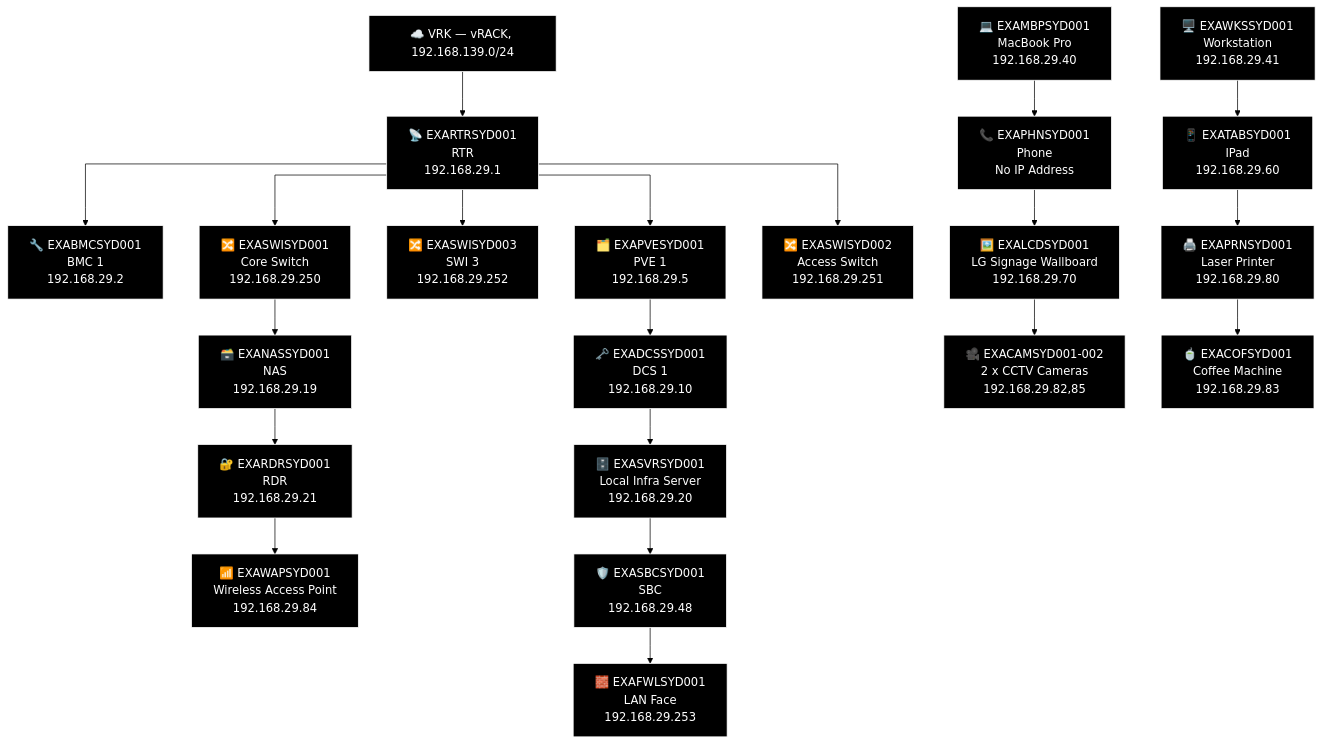
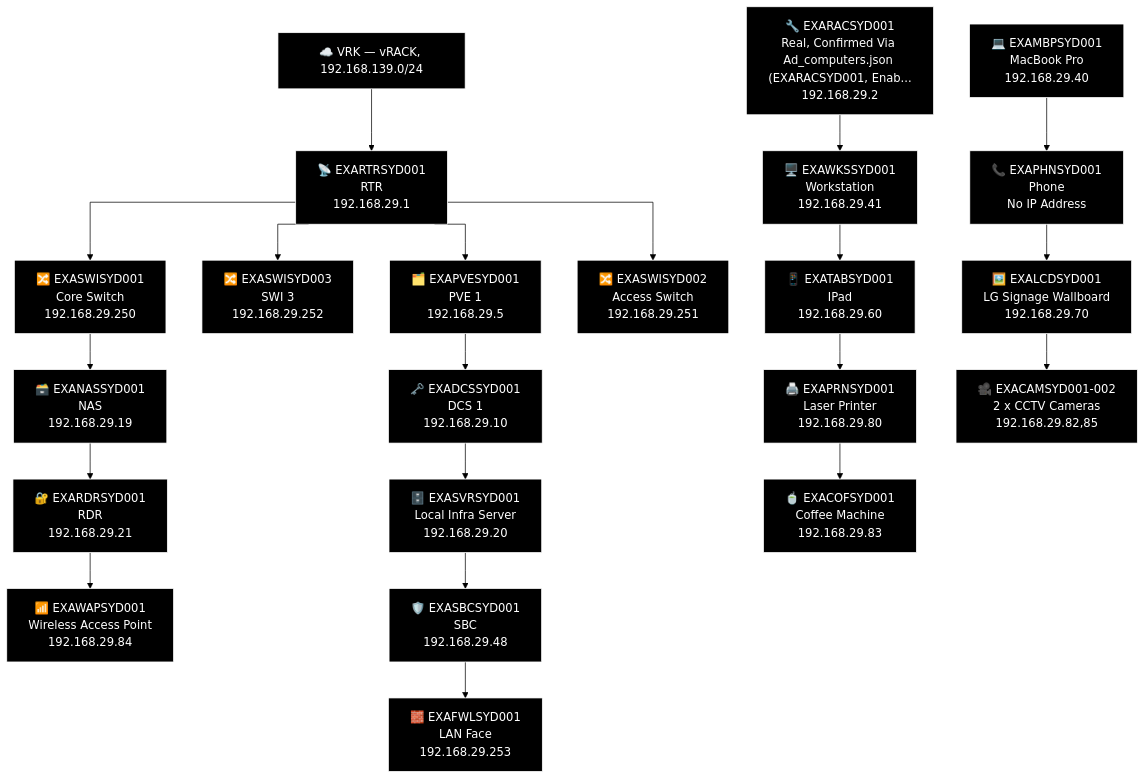
Before and after one commit to knightmare2600/example_music_infra: the third of 6 diagrams in docs/network-diagram/australia.md, drawn with Mermaid (forest theme). The commit also changed other lines of this file and 11 other files, not shown here.

````diff
--- a/docs/network-diagram/australia.md
+++ b/docs/network-diagram/australia.md
@@ -134,60 +134,59 @@
 ```mermaid
 %% GENERATED:TOPOLOGY:SYD:START
 %%{init: {'flowchart': {'curve': 'stepAfter'}}}%%
 graph TD
     T_VRK["☁️ VRK — vRACK, 192.168.139.0/24"]
     T_RTR["📡 EXARTRSYD001<br/>RTR<br/>192.168.29.1"]
     T_VRK --> T_RTR
-    T_BMC["🔧 EXABMCSYD001<br/>BMC 1<br/>192.168.29.2"]
-    T_RTR --> T_BMC
     T_PVE["🗂️ EXAPVESYD001<br/>PVE 1<br/>192.168.29.5"]
     T_RTR --> T_PVE
     T_SWI["🔀 EXASWISYD003<br/>SWI 3<br/>192.168.29.252"]
     T_RTR --> T_SWI
     T_SWI2["🔀 EXASWISYD001<br/>Core Switch<br/>192.168.29.250"]
     T_RTR --> T_SWI2
     T_SWI3["🔀 EXASWISYD002<br/>Access Switch<br/>192.168.29.251"]
     T_RTR --> T_SWI3
     T_NAS["🗃️ EXANASSYD001<br/>NAS<br/>192.168.29.19"]
     T_RDR["🔐 EXARDRSYD001<br/>RDR<br/>192.168.29.21"]
     T_WAP["📶 EXAWAPSYD001<br/>Wireless Access Point<br/>192.168.29.84"]
     T_SWI2 --> T_NAS --> T_RDR --> T_WAP
     T_DCS["🗝️ EXADCSSYD001<br/>DCS 1<br/>192.168.29.10"]
     T_SVR["🗄️ EXASVRSYD001<br/>Local Infra Server<br/>192.168.29.20"]
     T_SBC["🛡️ EXASBCSYD001<br/>SBC<br/>192.168.29.48"]
     T_FWL["🧱 EXAFWLSYD001<br/>LAN Face<br/>192.168.29.253"]
     T_PVE --> T_DCS --> T_SVR --> T_SBC --> T_FWL
+    T_RAC["🔧 EXARACSYD001<br/>Real, Confirmed Via Ad_computers.json (EXARACSYD001, Enab...<br/>192.168.29.2"]
     T_MBP["💻 EXAMBPSYD001<br/>MacBook Pro<br/>192.168.29.40"]
     T_WKS["🖥️ EXAWKSSYD001<br/>Workstation<br/>192.168.29.41"]
     T_PHN["📞 EXAPHNSYD001<br/>Phone<br/>No IP Address"]
     T_TAB["📱 EXATABSYD001<br/>IPad<br/>192.168.29.60"]
     T_LCD["🖼️ EXALCDSYD001<br/>LG Signage Wallboard<br/>192.168.29.70"]
     T_PRN["🖨️ EXAPRNSYD001<br/>Laser Printer<br/>192.168.29.80"]
     T_OTH_CAM["🎥 EXACAMSYD001-002<br/>2 x CCTV Cameras<br/>192.168.29.82,85"]
     T_COF["🍵 EXACOFSYD001<br/>Coffee Machine<br/>192.168.29.83"]
+    T_RAC --> T_WKS --> T_TAB --> T_PRN --> T_COF
     T_MBP --> T_PHN --> T_LCD --> T_OTH_CAM
-    T_WKS --> T_TAB --> T_PRN --> T_COF
     style T_VRK fill:#000000,stroke:#FFFFFF,color:#FFFFFF
     style T_RTR fill:#000000,stroke:#FFFFFF,color:#FFFFFF
-    style T_BMC fill:#000000,stroke:#FFFFFF,color:#FFFFFF
     style T_PVE fill:#000000,stroke:#FFFFFF,color:#FFFFFF
     style T_SWI fill:#000000,stroke:#FFFFFF,color:#FFFFFF
     style T_SWI2 fill:#000000,stroke:#FFFFFF,color:#FFFFFF
     style T_SWI3 fill:#000000,stroke:#FFFFFF,color:#FFFFFF
     style T_NAS fill:#000000,stroke:#FFFFFF,color:#FFFFFF
     style T_RDR fill:#000000,stroke:#FFFFFF,color:#FFFFFF
     style T_WAP fill:#000000,stroke:#FFFFFF,color:#FFFFFF
     style T_DCS fill:#000000,stroke:#FFFFFF,color:#FFFFFF
     style T_SVR fill:#000000,stroke:#FFFFFF,color:#FFFFFF
     style T_SBC fill:#000000,stroke:#FFFFFF,color:#FFFFFF
     style T_FWL fill:#000000,stroke:#FFFFFF,color:#FFFFFF
+    style T_RAC fill:#000000,stroke:#FFFFFF,color:#FFFFFF
     style T_MBP fill:#000000,stroke:#FFFFFF,color:#FFFFFF
     style T_WKS fill:#000000,stroke:#FFFFFF,color:#FFFFFF
     style T_PHN fill:#000000,stroke:#FFFFFF,color:#FFFFFF
     style T_TAB fill:#000000,stroke:#FFFFFF,color:#FFFFFF
     style T_LCD fill:#000000,stroke:#FFFFFF,color:#FFFFFF
     style T_PRN fill:#000000,stroke:#FFFFFF,color:#FFFFFF
     style T_OTH_CAM fill:#000000,stroke:#FFFFFF,color:#FFFFFF
     style T_COF fill:#000000,stroke:#FFFFFF,color:#FFFFFF
 %% GENERATED:TOPOLOGY:SYD:END
 ```
````
